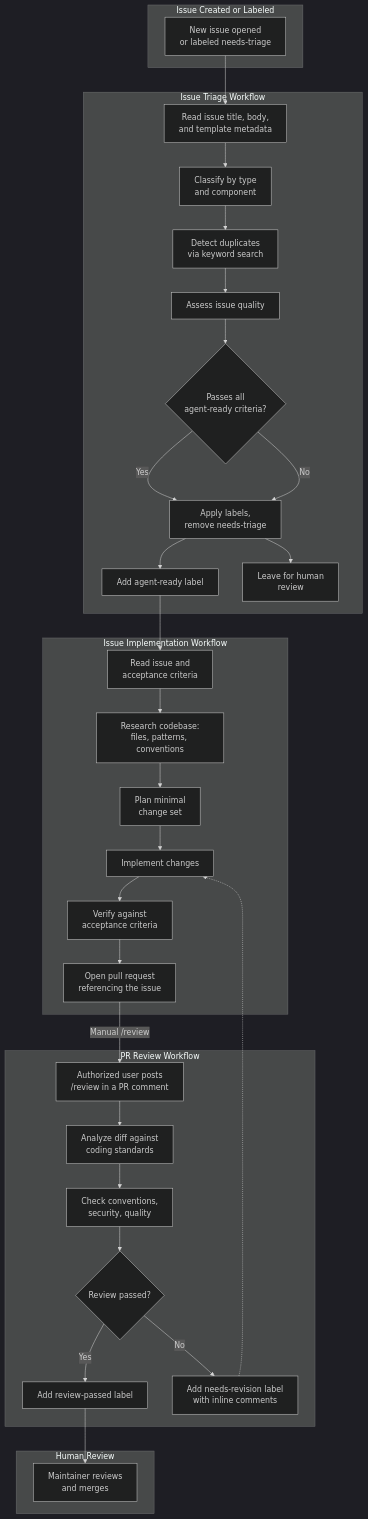
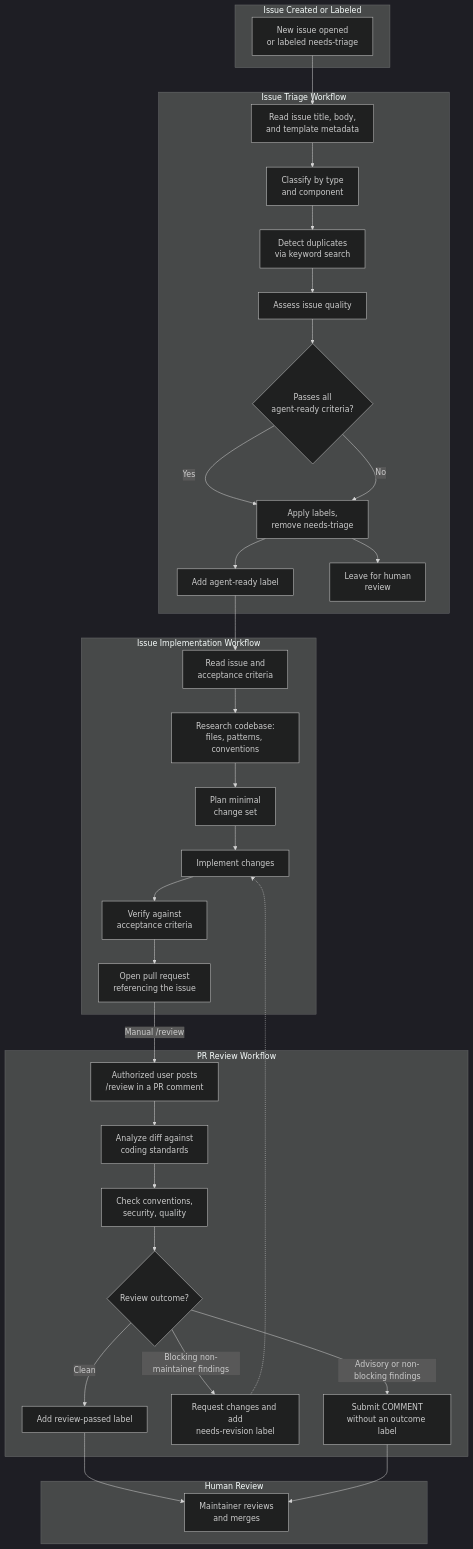
The first of 3 diagrams in docs/architecture/agentic-workflows.md (microsoft/hve-core), drawn with Mermaid (dark theme) before and after one commit. The commit also changed other lines of this file, not shown here.

First line of the commit message:
docs(architecture): align PR review outcomes

````diff
--- a/docs/architecture/agentic-workflows.md
+++ b/docs/architecture/agentic-workflows.md
@@ -24,63 +24,66 @@
 ```mermaid
 flowchart TD
     subgraph TRIGGER["Issue Created or Labeled"]
         A["New issue opened<br/>or labeled needs-triage"]
     end
 
     subgraph TRIAGE["Issue Triage Workflow"]
         B["Read issue title, body,<br/>and template metadata"]
         C["Classify by type<br/>and component"]
         D["Detect duplicates<br/>via keyword search"]
         E["Assess issue quality"]
         H{"Passes all<br/>agent-ready criteria?"}
         I["Apply labels,<br/>remove needs-triage"]
         J["Add agent-ready label"]
         K["Leave for human<br/>review"]
     end
 
     subgraph IMPLEMENT["Issue Implementation Workflow"]
         L["Read issue and<br/>acceptance criteria"]
         M["Research codebase:<br/>files, patterns, conventions"]
         N["Plan minimal<br/>change set"]
         O["Implement changes"]
         P["Verify against<br/>acceptance criteria"]
         Q["Open pull request<br/>referencing the issue"]
     end
 
     subgraph REVIEW["PR Review Workflow"]
         R["Authorized user posts<br/>/review in a PR comment"]
         S["Analyze diff against<br/>coding standards"]
         T["Check conventions,<br/>security, quality"]
-        U{"Review passed?"}
+        U{"Review outcome?"}
         V["Add review-passed label"]
-        W["Add needs-revision label<br/>with inline comments"]
+        W["Request changes and add<br/>needs-revision label"]
+        Y["Submit COMMENT<br/>without an outcome label"]
     end
 
     subgraph HUMAN["Human Review"]
         X["Maintainer reviews<br/>and merges"]
     end
 
     A --> B
     B --> C
     C --> D
     D --> E
     E --> H
     H -- Yes --> I
     I --> J
     H -- No --> I
     I --> K
     J --> L
     L --> M
     M --> N
     N --> O
     O --> P
     P --> Q
     Q -->|"Manual /review"| R
     R --> S
     S --> T
     T --> U
-    U -- Yes --> V
+    U -- Clean --> V
     V --> X
-    U -- No --> W
+    U -- "Blocking non-maintainer findings" --> W
+    U -- "Advisory or non-blocking findings" --> Y
+    Y --> X
     W -.-> O
 ```
````
